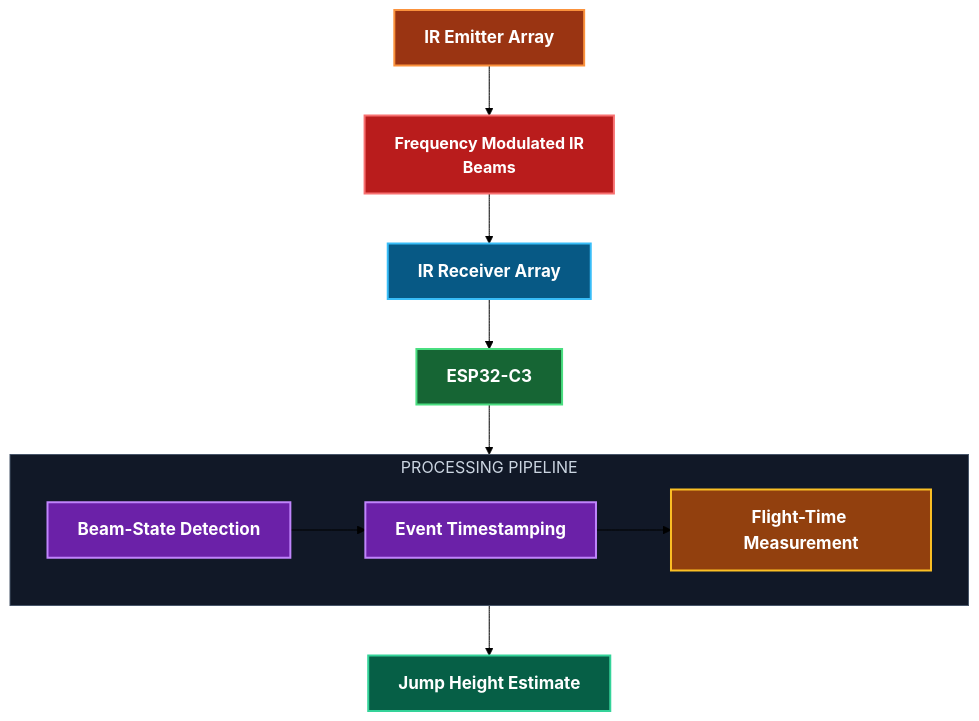
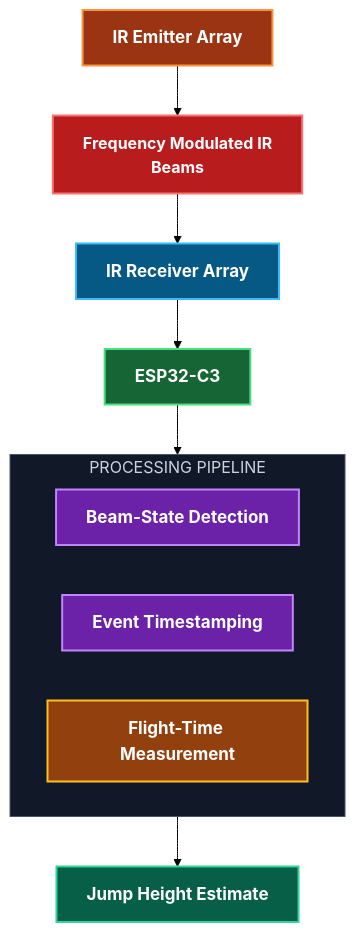
Before and after one commit to ah-789/optical-jump-measurement-system: the diagram in README.md, drawn with Mermaid (forest theme).

````diff
--- a/README.md
+++ b/README.md
@@ -18,36 +18,35 @@
 ```mermaid
 flowchart TD
 
     A[IR Emitter Array]:::emitter
     H["Frequency Modulated IR <br/> Beams"]:::beam  
     B[IR Receiver Array]:::receiver
     C[ESP32-C3]:::controller
     G[Jump Height Estimate]:::output
 
     subgraph PIPELINE["PROCESSING PIPELINE"]
         direction LR
 
         D[Beam-State Detection]:::processing
         E[Event Timestamping]:::processing
         F[Flight-Time Measurement]:::measurement
 
-        D --> E --> F
     end
 
     A --> H
     H --> B
     B --> C
 
     C --> PIPELINE
     PIPELINE --> G
 
     classDef emitter fill:#9A3412,stroke:#FB923C,stroke-width:2px,color:#FFFFFF,font-size:17px,font-weight:bold;
     classDef beam fill:#B91C1C,stroke:#F87171,stroke-width:2px,color:#FFFFFF,font-size:12x,font-weight:bold;
     classDef receiver fill:#075985,stroke:#38BDF8,stroke-width:2px,color:#FFFFFF,font-size:17px,font-weight:bold;
     classDef controller fill:#166534,stroke:#4ADE80,stroke-width:2px,color:#FFFFFF,font-size:17px,font-weight:bold;
     classDef processing fill:#6B21A8,stroke:#C084FC,stroke-width:2px,color:#FFFFFF,font-size:17px,font-weight:bold;
     classDef measurement fill:#92400E,stroke:#FBBF24,stroke-width:2px,color:#FFFFFF,font-size:17px,font-weight:bold;
     classDef output fill:#065F46,stroke:#34D399,stroke-width:2px,color:#FFFFFF,font-size:17px,font-weight:bold;
 
     style PIPELINE fill:#111827,stroke:#475569,stroke-width:1px,color:#CBD5E1
 ```
````
